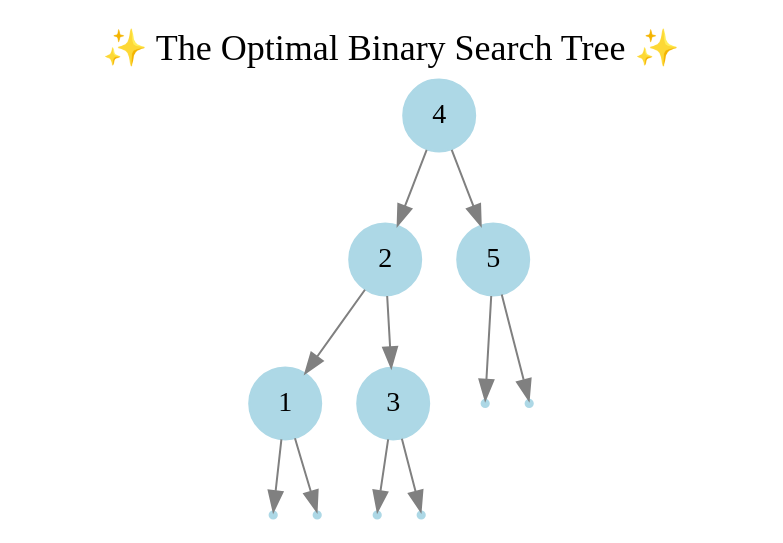
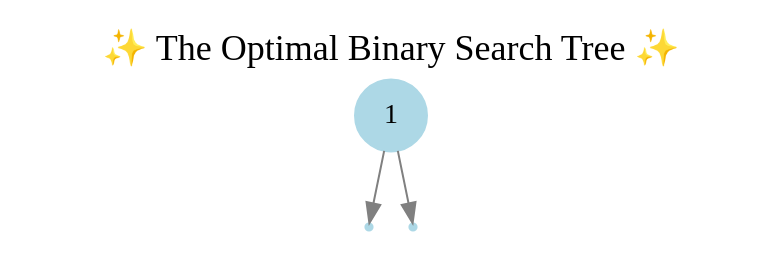
The diagram in obst.dot (SharQawyCS/Optimal-Binary-Search-Tree), drawn with Graphviz before and after one commit. The commit also changed 2 other files, not shown here.

Commit message:
Remove input validation for number of nodes and clean up graph representation in DOT file

```diff
--- a/obst.dot
+++ b/obst.dot
@@ -1,24 +1,12 @@
 digraph OBST {
   label="✨ The Optimal Binary Search Tree ✨";
   labelloc="t";
   fontsize=18;
 node [shape=circle, style=filled, color=lightblue, fontcolor=black, fontsize=14;
 ];
 edge [color=gray];
-  "4" -> "2";
-  "2" -> "1";
   null0 [shape=point];
   "1" -> null0;
   null1 [shape=point];
   "1" -> null1;
-  "2" -> "3";
-  null2 [shape=point];
-  "3" -> null2;
-  null3 [shape=point];
-  "3" -> null3;
-  "4" -> "5";
-  null4 [shape=point];
-  "5" -> null4;
-  null5 [shape=point];
-  "5" -> null5;
 }
```
